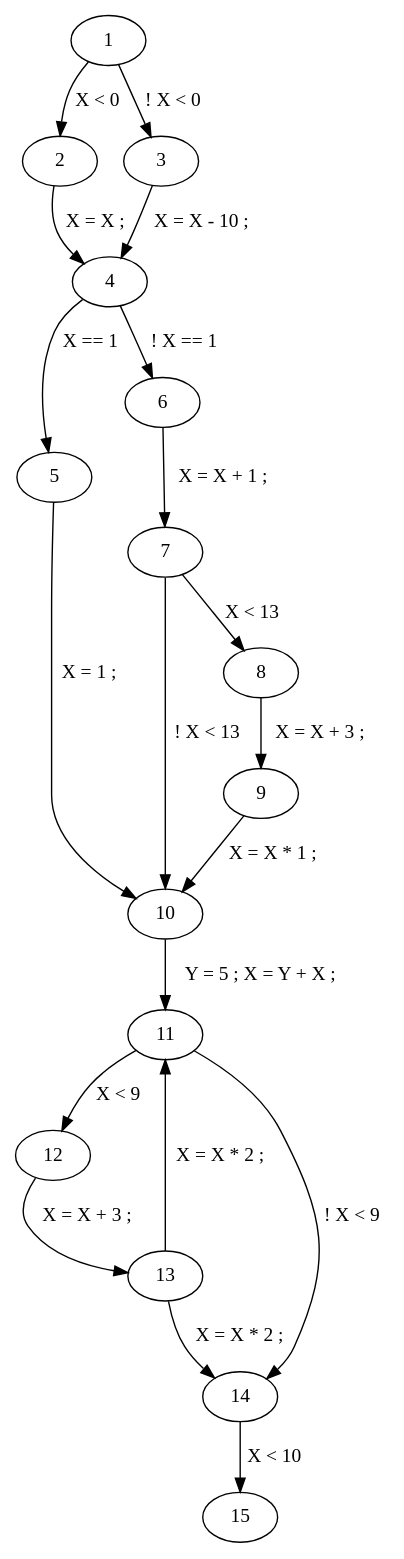
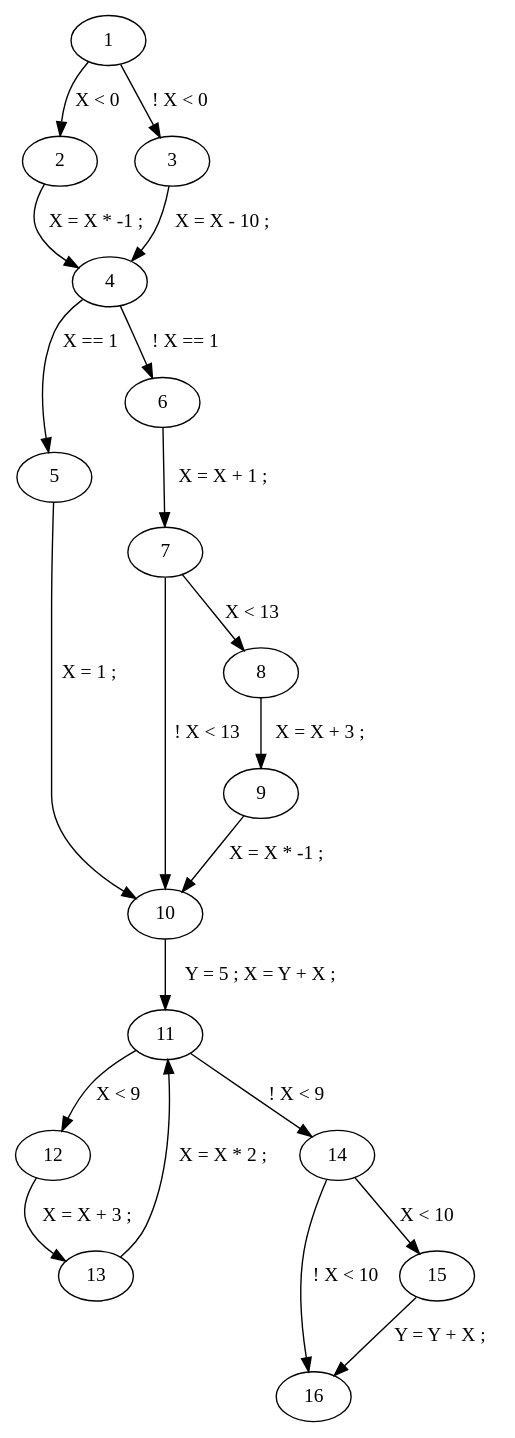
Before and after one commit to pvnieo/ivf-program-verifier: the diagram in cfg.dot, drawn with Graphviz. The commit also changed 27 other files, not shown here.

```diff
--- a/cfg.dot
+++ b/cfg.dot
@@ -1,36 +1,38 @@
 strict digraph  {
 1 [label=1];
 2 [label=2];
 3 [label=3];
 4 [label=4];
 5 [label=5];
 6 [label=6];
 7 [label=7];
 8 [label=8];
 9 [label=9];
 10 [label=10];
 11 [label=11];
 12 [label=12];
 13 [label=13];
 14 [label=14];
 15 [label=15];
+16 [label=16];
 1 -> 2  [label="X < 0"];
 1 -> 3  [label="! X < 0"];
-2 -> 4  [label="X = X ; "];
+2 -> 4  [label="X = X * -1 ; "];
 3 -> 4  [label="X = X - 10 ; "];
 4 -> 5  [label="X == 1"];
 4 -> 6  [label="! X == 1"];
 5 -> 10  [label="X = 1 ; "];
 6 -> 7  [label="X = X + 1 ; "];
 7 -> 8  [label="X < 13"];
 7 -> 10  [label="! X < 13"];
 8 -> 9  [label="X = X + 3 ; "];
-9 -> 10  [label="X = X * 1 ; "];
+9 -> 10  [label="X = X * -1 ; "];
 10 -> 11  [label="Y = 5 ; X = Y + X ; "];
 11 -> 12  [label="X < 9"];
 11 -> 14  [label="! X < 9"];
 12 -> 13  [label="X = X + 3 ; "];
 13 -> 11  [label="X = X * 2 ; "];
-13 -> 14  [label="X = X * 2 ; "];
 14 -> 15  [label="X < 10"];
+14 -> 16  [label="! X < 10"];
+15 -> 16  [label="Y = Y + X ; "];
 }
```
